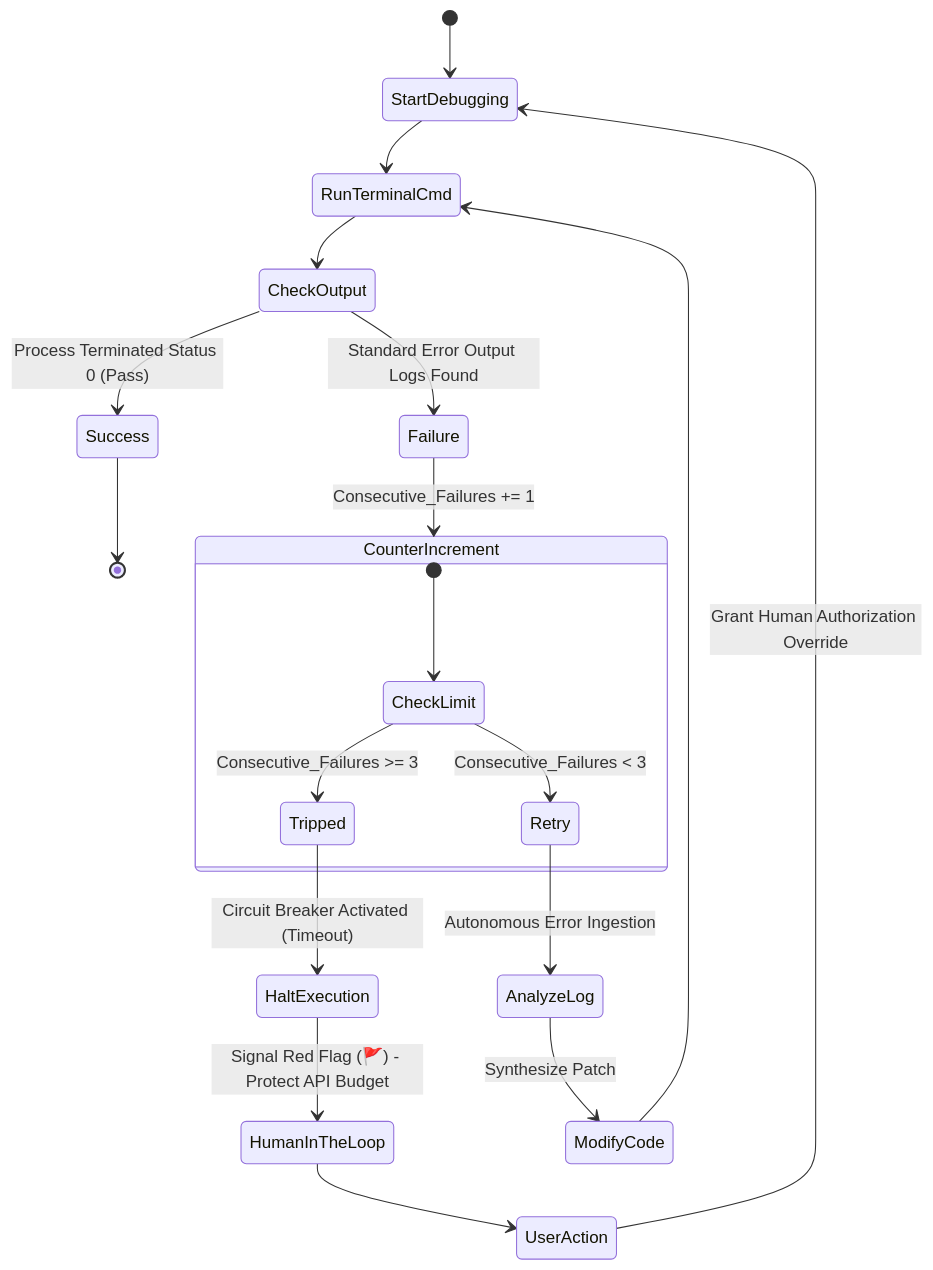
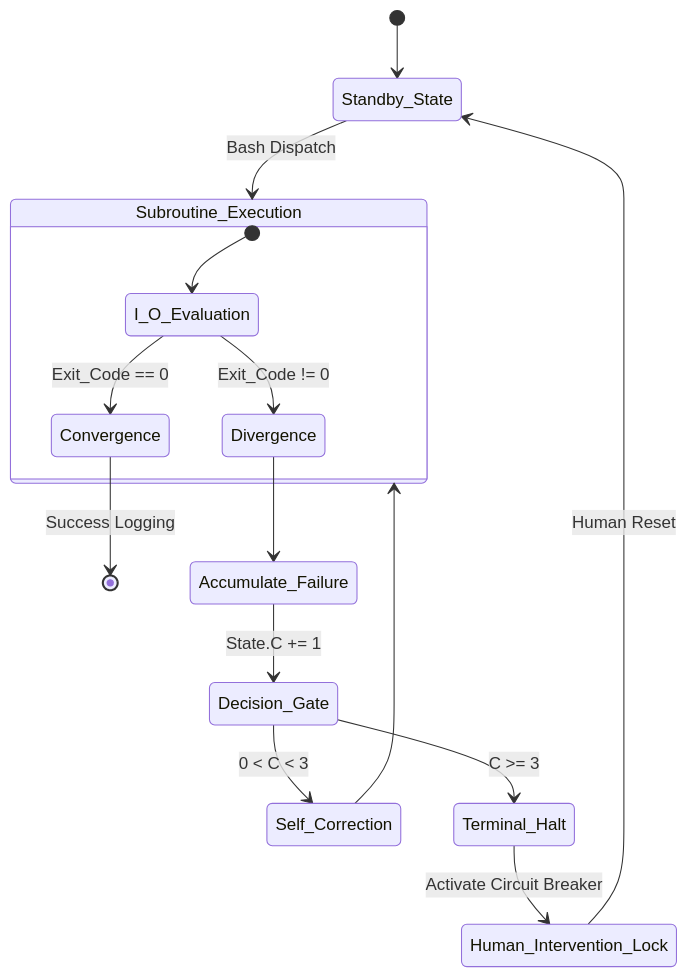
Before and after one commit to huudangdev/.agents: the second of 2 diagrams in V29.1_RELEASE_NOTES.md, drawn with Mermaid. The commit also changed other lines of this file and 1 other file, not shown here.

````diff
--- a/V29.1_RELEASE_NOTES.md
+++ b/V29.1_RELEASE_NOTES.md
@@ -73,29 +62,23 @@
 ```mermaid
 stateDiagram-v2
-    [*] --> StartDebugging
+    [*] --> Standby_State
+    Standby_State --> Subroutine_Execution : Bash Dispatch
     
-    StartDebugging --> RunTerminalCmd
-    RunTerminalCmd --> CheckOutput
-    
-    CheckOutput --> Success: Process Terminated Status 0 (Pass)
-    CheckOutput --> Failure: Standard Error Output Logs Found
-    
-    Failure --> CounterIncrement: Consecutive_Failures += 1
-    
-    state CounterIncrement {
-        [*] --> CheckLimit
-        CheckLimit --> Tripped: Consecutive_Failures >= 3
-        CheckLimit --> Retry: Consecutive_Failures < 3
+    state Subroutine_Execution {
+        [*] --> I_O_Evaluation
+        I_O_Evaluation --> Convergence : Exit_Code == 0
+        I_O_Evaluation --> Divergence : Exit_Code != 0
     }
     
-    Retry --> AnalyzeLog: Autonomous Error Ingestion
-    AnalyzeLog --> ModifyCode: Synthesize Patch
-    ModifyCode --> RunTerminalCmd
+    Convergence --> [*] : Success Logging
     
-    Tripped --> HaltExecution: Circuit Breaker Activated (Timeout)
-    HaltExecution --> HumanInTheLoop: Signal Red Flag (🚩) - Protect API Budget
-    HumanInTheLoop --> UserAction
-    UserAction --> StartDebugging: Grant Human Authorization Override
+    Divergence --> Accumulate_Failure
+    Accumulate_Failure --> Decision_Gate : State.C += 1
     
-    Success --> [*]
+    Decision_Gate --> Self_Correction : 0 < C < 3
+    Self_Correction --> Subroutine_Execution
+    
+    Decision_Gate --> Terminal_Halt : C >= 3
+    Terminal_Halt --> Human_Intervention_Lock : Activate Circuit Breaker
+    Human_Intervention_Lock --> Standby_State : Human Reset
 ```
````
